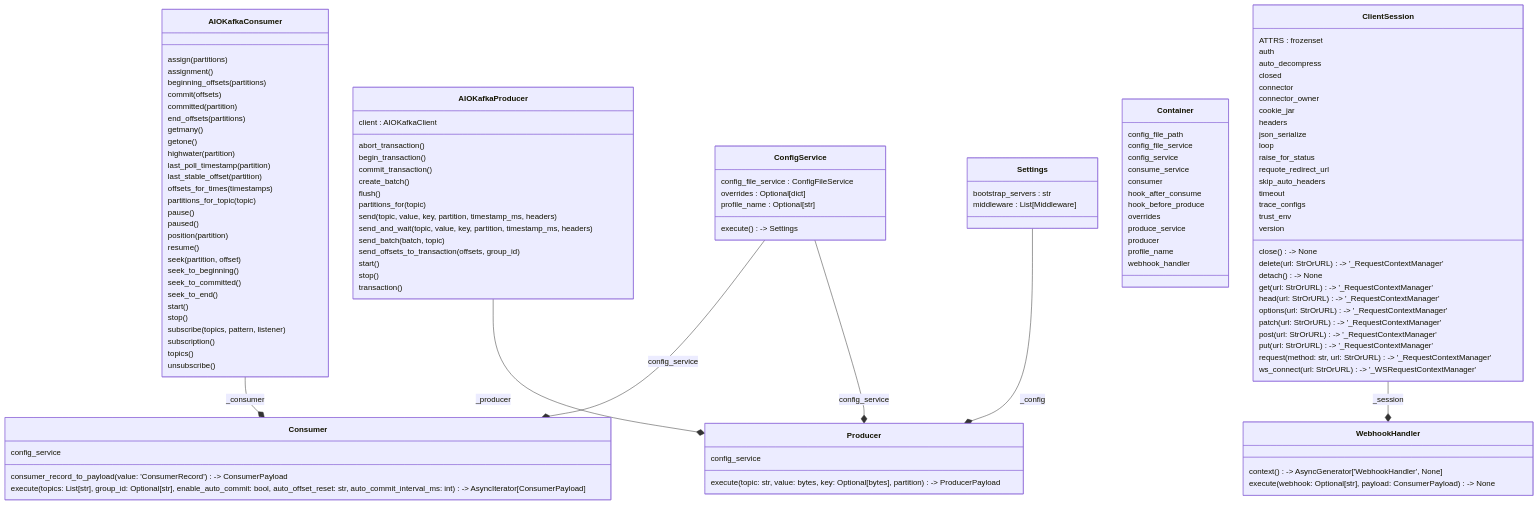
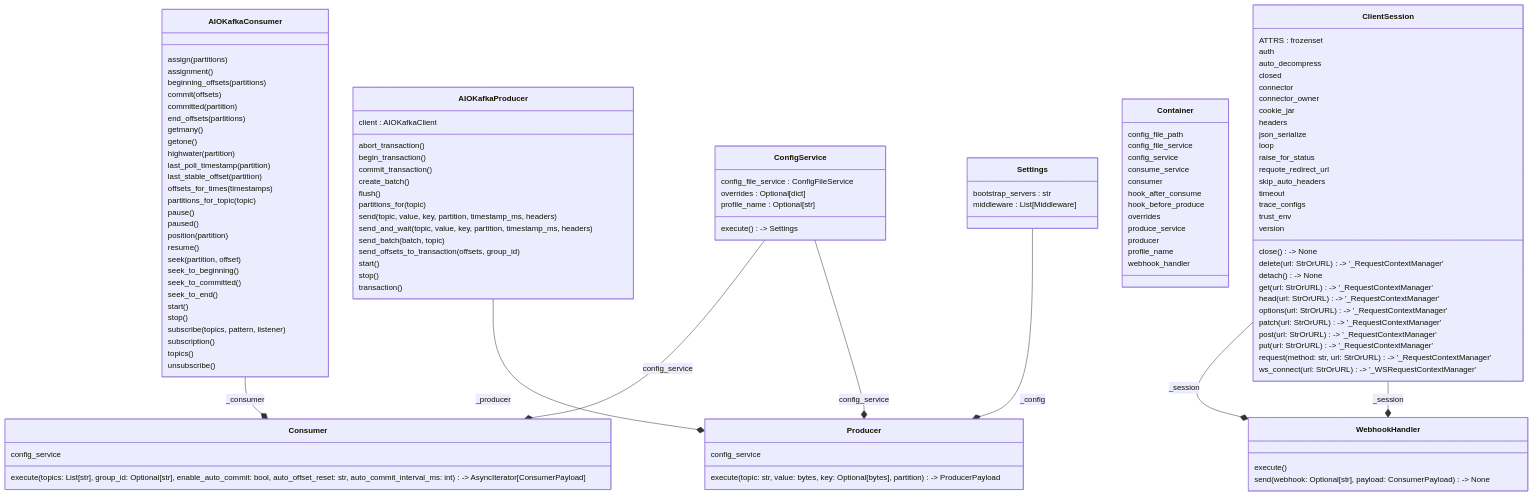
One commit to jonykalavera/kafkaescli changed the diagram in docs/diagrams/classes_kafkaescli.infra.mmd. Above: the diagram before and after it, drawn with Mermaid. The commit also changed 37 other files, not shown here.

```diff
--- a/docs/diagrams/classes_kafkaescli.infra.mmd
+++ b/docs/diagrams/classes_kafkaescli.infra.mmd
@@ -1,119 +1,119 @@
 classDiagram
   class AIOKafkaConsumer {
     assign(partitions)
     assignment()
     beginning_offsets(partitions)
     commit(offsets)
     committed(partition)
     end_offsets(partitions)
     getmany()
     getone()
     highwater(partition)
     last_poll_timestamp(partition)
     last_stable_offset(partition)
     offsets_for_times(timestamps)
     partitions_for_topic(topic)
     pause()
     paused()
     position(partition)
     resume()
     seek(partition, offset)
     seek_to_beginning()
     seek_to_committed()
     seek_to_end()
     start()
     stop()
     subscribe(topics, pattern, listener)
     subscription()
     topics()
     unsubscribe()
   }
   class AIOKafkaProducer {
     client : AIOKafkaClient
     abort_transaction()
     begin_transaction()
     commit_transaction()
     create_batch()
     flush()
     partitions_for(topic)
     send(topic, value, key, partition, timestamp_ms, headers)
     send_and_wait(topic, value, key, partition, timestamp_ms, headers)
     send_batch(batch, topic)
     send_offsets_to_transaction(offsets, group_id)
     start()
     stop()
     transaction()
   }
   class ClientSession {
     ATTRS : frozenset
     auth
     auto_decompress
     closed
     connector
     connector_owner
     cookie_jar
     headers
     json_serialize
     loop
     raise_for_status
     requote_redirect_url
     skip_auto_headers
     timeout
     trace_configs
     trust_env
     version
     close() -> None
     delete(url: StrOrURL) -> '_RequestContextManager'
     detach() -> None
     get(url: StrOrURL) -> '_RequestContextManager'
     head(url: StrOrURL) -> '_RequestContextManager'
     options(url: StrOrURL) -> '_RequestContextManager'
     patch(url: StrOrURL) -> '_RequestContextManager'
     post(url: StrOrURL) -> '_RequestContextManager'
     put(url: StrOrURL) -> '_RequestContextManager'
     request(method: str, url: StrOrURL) -> '_RequestContextManager'
     ws_connect(url: StrOrURL) -> '_WSRequestContextManager'
   }
   class ConfigService {
     config_file_service : ConfigFileService
     overrides : Optional[dict]
     profile_name : Optional[str]
     execute() -> Settings
   }
   class Consumer {
     config_service
-    consumer_record_to_payload(value: 'ConsumerRecord') -> ConsumerPayload
     execute(topics: List[str], group_id: Optional[str], enable_auto_commit: bool, auto_offset_reset: str, auto_commit_interval_ms: int) -> AsyncIterator[ConsumerPayload]
   }
   class Container {
     config_file_path
     config_file_service
     config_service
     consume_service
     consumer
     hook_after_consume
     hook_before_produce
     overrides
     produce_service
     producer
     profile_name
     webhook_handler
   }
   class Producer {
     config_service
     execute(topic: str, value: bytes, key: Optional[bytes], partition) -> ProducerPayload
   }
   class Settings {
     bootstrap_servers : str
     middleware : List[Middleware]
   }
   class WebhookHandler {
-    context() -> AsyncGenerator['WebhookHandler', None]
-    execute(webhook: Optional[str], payload: ConsumerPayload) -> None
+    execute()
+    send(webhook: Optional[str], payload: ConsumerPayload) -> None
   }
+  ClientSession --* WebhookHandler : _session
   ClientSession --* WebhookHandler : _session
   AIOKafkaConsumer --* Consumer : _consumer
   AIOKafkaProducer --* Producer : _producer
   Settings --* Producer : _config
   ConfigService --* Consumer : config_service
   ConfigService --* Producer : config_service
```
